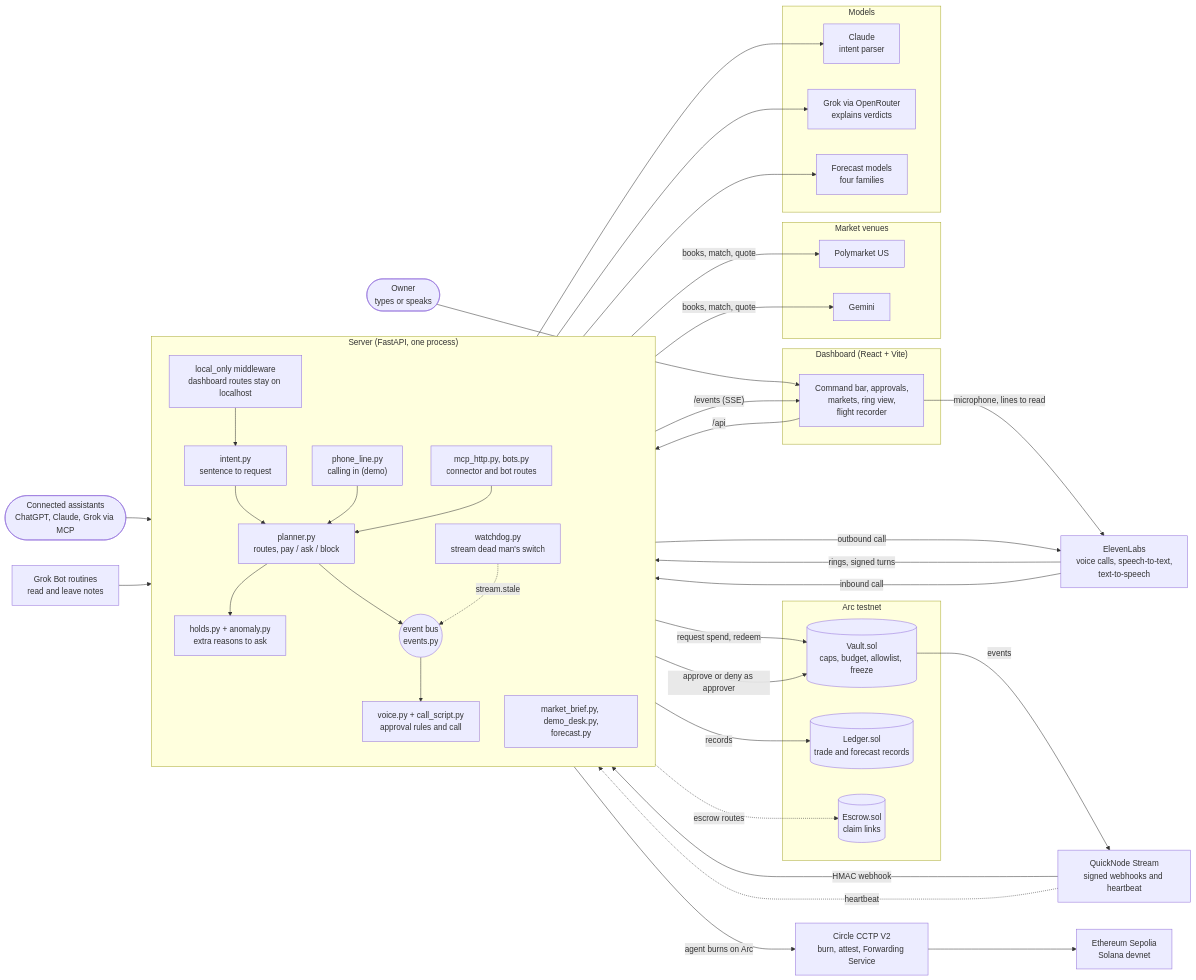
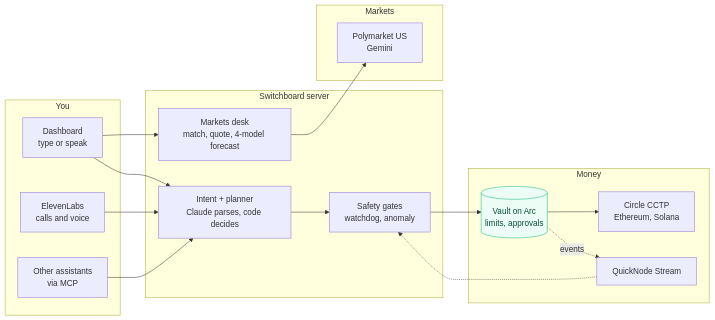
One commit to subatomic-hamster/switchboard changed the first of 8 diagrams in docs/architecture.md. Above: the diagram before and after it, drawn with Mermaid. The commit also changed other lines of this file and 5 other files, not shown here.

Commit message:
README in the style of our Replay README: screenshots, rendered architecture and security diagrams; simpler diagrams

````diff
--- a/docs/architecture.md
+++ b/docs/architecture.md
@@ -17,79 +17,35 @@
 ```mermaid
 flowchart LR
-  owner(["Owner<br/>types or speaks"])
-  assistants(["Connected assistants<br/>ChatGPT, Claude, Grok via MCP"])
-
-  subgraph web["Dashboard (React + Vite)"]
-    ui["Command bar, approvals,<br/>markets, ring view,<br/>flight recorder"]
+  subgraph you["You"]
+    ui["Dashboard<br/>type or speak"]
+    eleven["ElevenLabs<br/>calls and voice"]
+    mcp["Other assistants<br/>via MCP"]
   end
 
-  subgraph srv["Server (FastAPI, one process)"]
-    direction TB
-    mw["local_only middleware<br/>dashboard routes stay on localhost"]
-    intent["intent.py<br/>sentence to request"]
-    planner["planner.py<br/>routes, pay / ask / block"]
-    holds["holds.py + anomaly.py<br/>extra reasons to ask"]
-    voice["voice.py + call_script.py<br/>approval rules and call"]
-    phone["phone_line.py<br/>calling in (demo)"]
-    desk["market_brief.py, demo_desk.py,<br/>forecast.py"]
-    bus(("event bus<br/>events.py"))
-    watch["watchdog.py<br/>stream dead man's switch"]
-    mcp["mcp_http.py, bots.py<br/>connector and bot routes"]
+  subgraph server["Switchboard server"]
+    plan["Intent + planner<br/>Claude parses, code decides"]
+    gates["Safety gates<br/>watchdog, anomaly"]
+    desk["Markets desk<br/>match, quote, 4-model forecast"]
   end
 
-  subgraph chain["Arc testnet"]
-    vault[("Vault.sol<br/>caps, budget, allowlist, freeze")]
-    ledger[("Ledger.sol<br/>trade and forecast records")]
-    escrow[("Escrow.sol<br/>claim links")]
+  subgraph money["Money"]
+    vault[("Vault on Arc<br/>limits, approvals")]
+    cctp["Circle CCTP<br/>Ethereum, Solana"]
+    qn["QuickNode Stream"]
   end
 
-  cctp["Circle CCTP V2<br/>burn, attest, Forwarding Service"]
-  dest["Ethereum Sepolia<br/>Solana devnet"]
-  qn["QuickNode Stream<br/>signed webhooks and heartbeat"]
-
-  subgraph venues["Market venues"]
-    pm["Polymarket US"]
-    gem["Gemini"]
+  subgraph mk["Markets"]
+    venues["Polymarket US<br/>Gemini"]
   end
 
-  subgraph llms["Models"]
-    claude["Claude<br/>intent parser"]
-    grok["Grok via OpenRouter<br/>explains verdicts"]
-    fore["Forecast models<br/>four families"]
-  end
+  ui --> plan
+  eleven --> plan
+  mcp --> plan
+  ui --> desk
+  plan --> gates --> vault --> cctp
+  vault -. events .-> qn -.-> gates
+  desk --> venues
 
-  eleven["ElevenLabs<br/>voice calls, speech-to-text,<br/>text-to-speech"]
-  bots["Grok Bot routines<br/>read and leave notes"]
-
-  owner --> ui
-  ui -- "/api" --> mw
-  bus -- "/events (SSE)" --> ui
-  mw --> intent
-  intent --> planner
-  planner --> holds
-  holds -- "request spend, redeem" --> vault
-  planner --> bus
-  vault -- "events" --> qn
-  qn -- "HMAC webhook" --> bus
-  qn -. "heartbeat" .-> watch
-  watch -. "stream.stale" .-> bus
-  bus --> voice
-  voice -- "approve or deny as approver" --> vault
-  voice -- "outbound call" --> eleven
-  eleven -- "rings, signed turns" --> voice
-  eleven -- "inbound call" --> phone
-  phone --> planner
-  ui -- "microphone, lines to read" --> eleven
-  planner -- "agent burns on Arc" --> cctp
-  cctp --> dest
-  desk -- "books, match, quote" --> pm
-  desk -- "books, match, quote" --> gem
-  desk -- "records" --> ledger
-  intent --> claude
-  desk --> grok
-  desk --> fore
-  assistants --> mcp
-  mcp --> planner
-  bots --> mcp
-  planner -. "escrow routes" .-> escrow
+  classDef chain fill:#ecfdf5,stroke:#10b981,color:#064e3b
+  class vault chain
 ```
````
